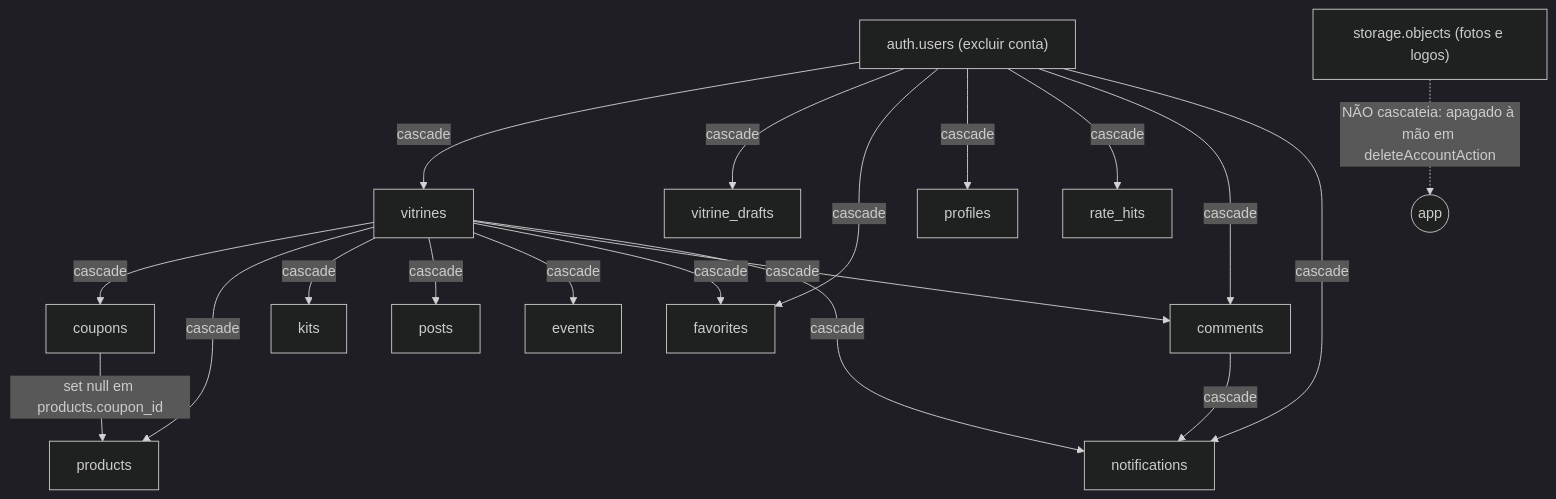
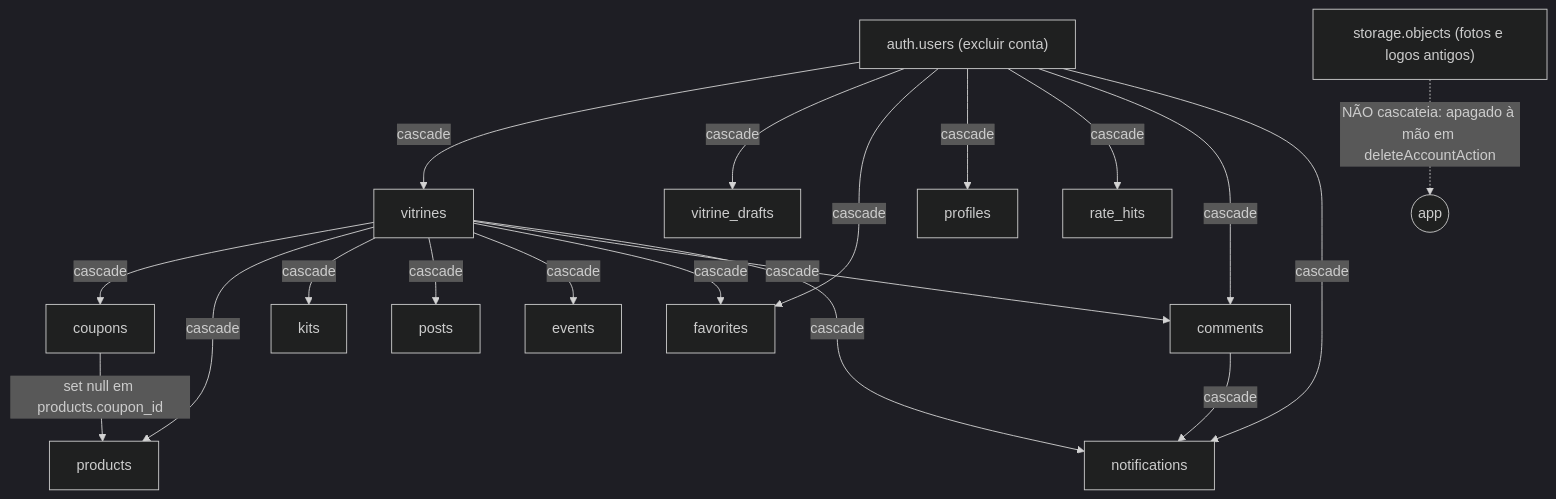
Before and after one commit to estevaons/myvitri: the third of 3 diagrams in docs/database.md, drawn with Mermaid (dark theme). The commit also changed other lines of this file and 21 other files, not shown here.

````diff
--- a/docs/database.md
+++ b/docs/database.md
@@ -662,21 +662,21 @@
 ```mermaid
 graph TD
     U["auth.users (excluir conta)"] -->|cascade| V[vitrines]
     U -->|cascade| D[vitrine_drafts]
     V -->|cascade| C[coupons]
     V -->|cascade| P[products]
     V -->|cascade| K[kits]
     V -->|cascade| PO[posts]
     V -->|cascade| E[events]
     U -->|cascade| F[favorites]
     V -->|cascade| F
     U -->|cascade| PR[profiles]
     U -->|cascade| RH[rate_hits]
     U -->|cascade| M[comments]
     V -->|cascade| M
     U -->|cascade| N[notifications]
     V -->|cascade| N
     M -->|cascade| N
     C -->|set null em products.coupon_id| P
-    S["storage.objects (fotos e logos)"] -.->|"NÃO cascateia: apagado à mão em deleteAccountAction"| X((app))
+    S["storage.objects (fotos e logos antigos)"] -.->|"NÃO cascateia: apagado à mão em deleteAccountAction"| X((app))
 ```
````
